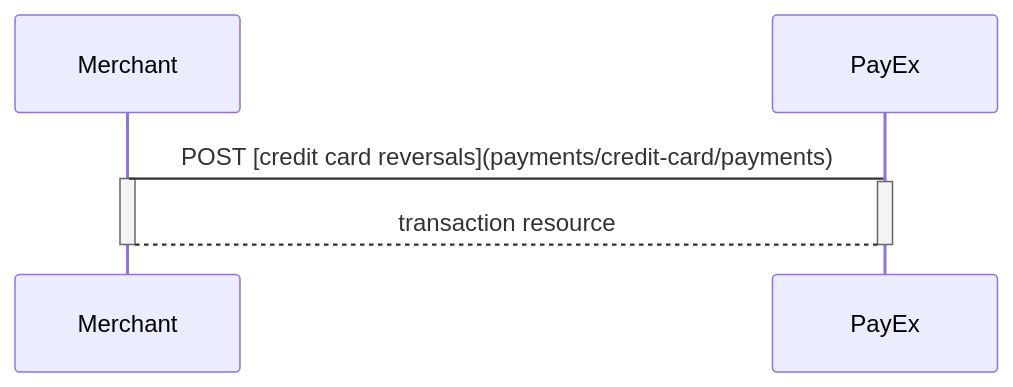
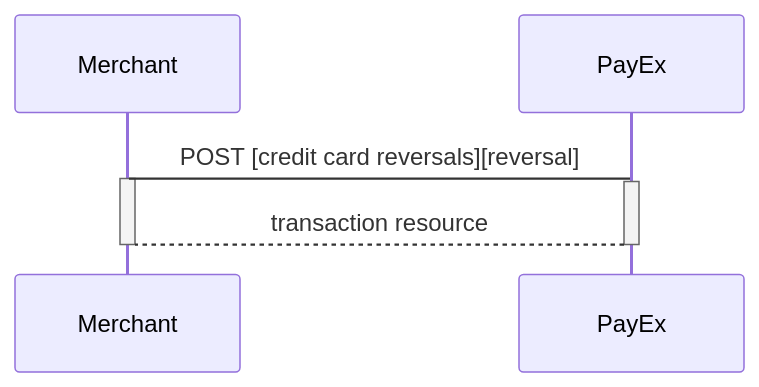
Before and after one commit to SwedbankPay/developer.swedbankpay.com: the tenth of 10 diagrams in payments/credit-card/after-payment.md, drawn with Mermaid. The commit also changed other lines of this file and 5 other files, not shown here.

````diff
--- a/payments/credit-card/after-payment.md
+++ b/payments/credit-card/after-payment.md
@@ -659,9 +661,9 @@
 ```mermaid
 sequenceDiagram
-  Merchant->PayEx: POST [credit card reversals](payments/credit-card/payments)
+  Merchant->PayEx: POST [credit card reversals][reversal]
   Activate Merchant
   Activate PayEx
   PayEx-->Merchant: transaction resource
   Deactivate PayEx
   Deactivate Merchant
 ```
````
